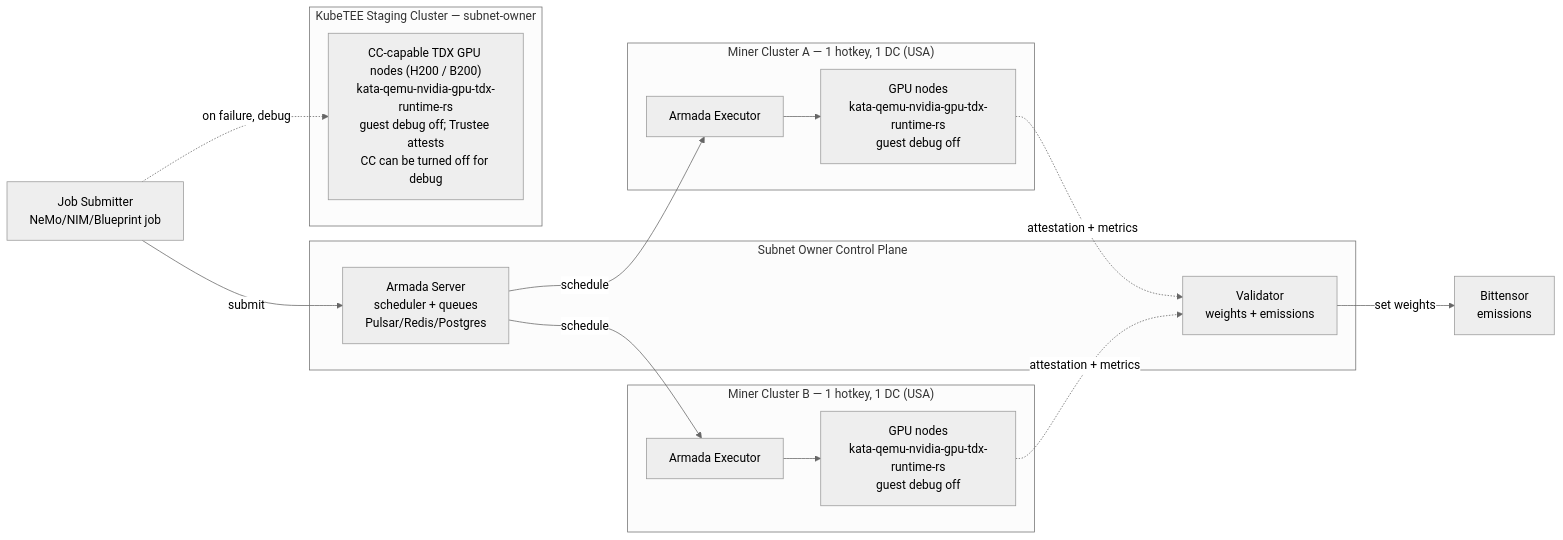
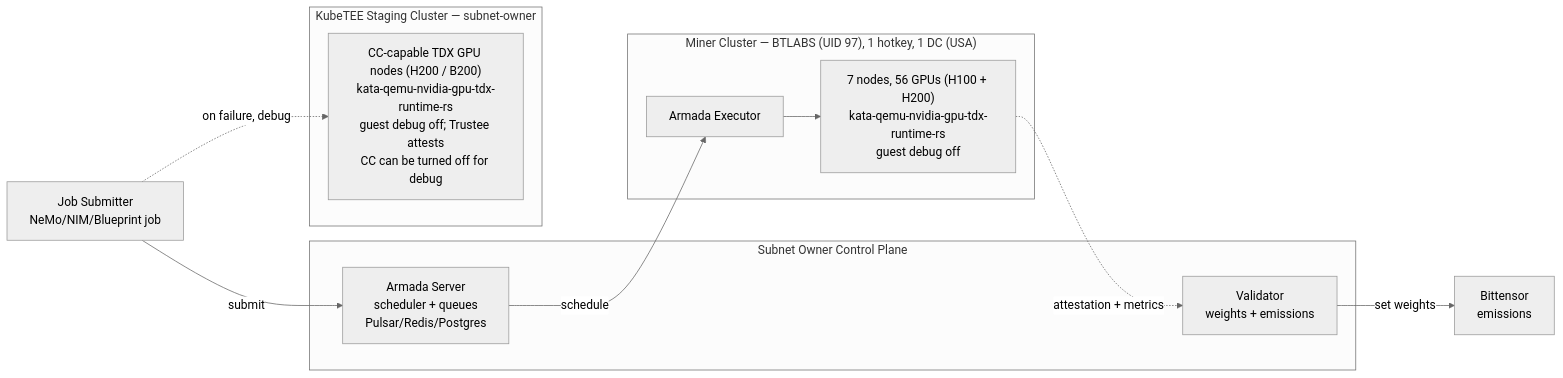
Before and after one commit to KubeTEE-AI/kubetee-subnet: the second of 3 diagrams in README.md, drawn with Mermaid (neutral theme). The commit also changed other lines of this file and 8 other files, not shown here.

First line of the commit message:
docs: BTLABS (UID 97) live — first production miner on KubeTEE

````diff
--- a/README.md
+++ b/README.md
@@ -297,27 +299,20 @@
 ```mermaid
 flowchart LR
     subgraph owner["Subnet Owner Control Plane"]
         Validator["Validator\nweights + emissions"]
         ArmadaServer["Armada Server\nscheduler + queues\nPulsar/Redis/Postgres"]
     end
     subgraph staging["KubeTEE Staging Cluster — subnet-owner"]
         NodeTEE["CC-capable TDX GPU nodes (H200 / B200)<br/>kata-qemu-nvidia-gpu-tdx-runtime-rs<br/>guest debug off; Trustee attests<br/>CC can be turned off for debug"]
     end
-    subgraph clusterA["Miner Cluster A — 1 hotkey, 1 DC (USA)"]
+    subgraph clusterA["Miner Cluster — BTLABS (UID 97), 1 hotkey, 1 DC (USA)"]
         ExecA["Armada Executor"]
-        NodeA["GPU nodes\nkata-qemu-nvidia-gpu-tdx-runtime-rs\nguest debug off"]
-    end
-    subgraph clusterB["Miner Cluster B — 1 hotkey, 1 DC (USA)"]
-        ExecB["Armada Executor"]
-        NodeB["GPU nodes\nkata-qemu-nvidia-gpu-tdx-runtime-rs\nguest debug off"]
+        NodeA["7 nodes, 56 GPUs (H100 + H200)\nkata-qemu-nvidia-gpu-tdx-runtime-rs\nguest debug off"]
     end
     Client["Job Submitter\nNeMo/NIM/Blueprint job"] -->|submit| ArmadaServer
     Client -.->|"on failure, debug"| NodeTEE
     ArmadaServer -->|schedule| ExecA
-    ArmadaServer -->|schedule| ExecB
     ExecA --> NodeA
-    ExecB --> NodeB
     NodeA -.->|attestation + metrics| Validator
-    NodeB -.->|attestation + metrics| Validator
     Validator -->|set weights| Chain["Bittensor\nemissions"]
 ```
````
